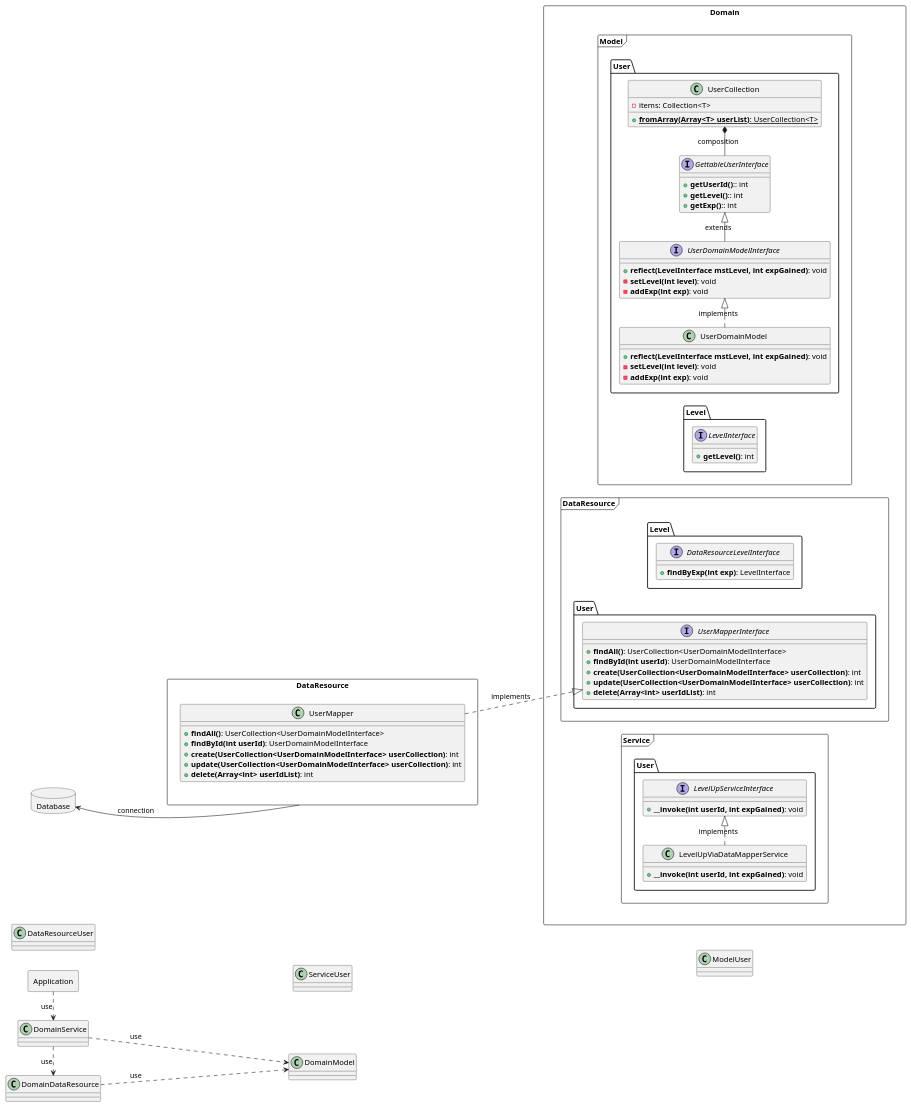
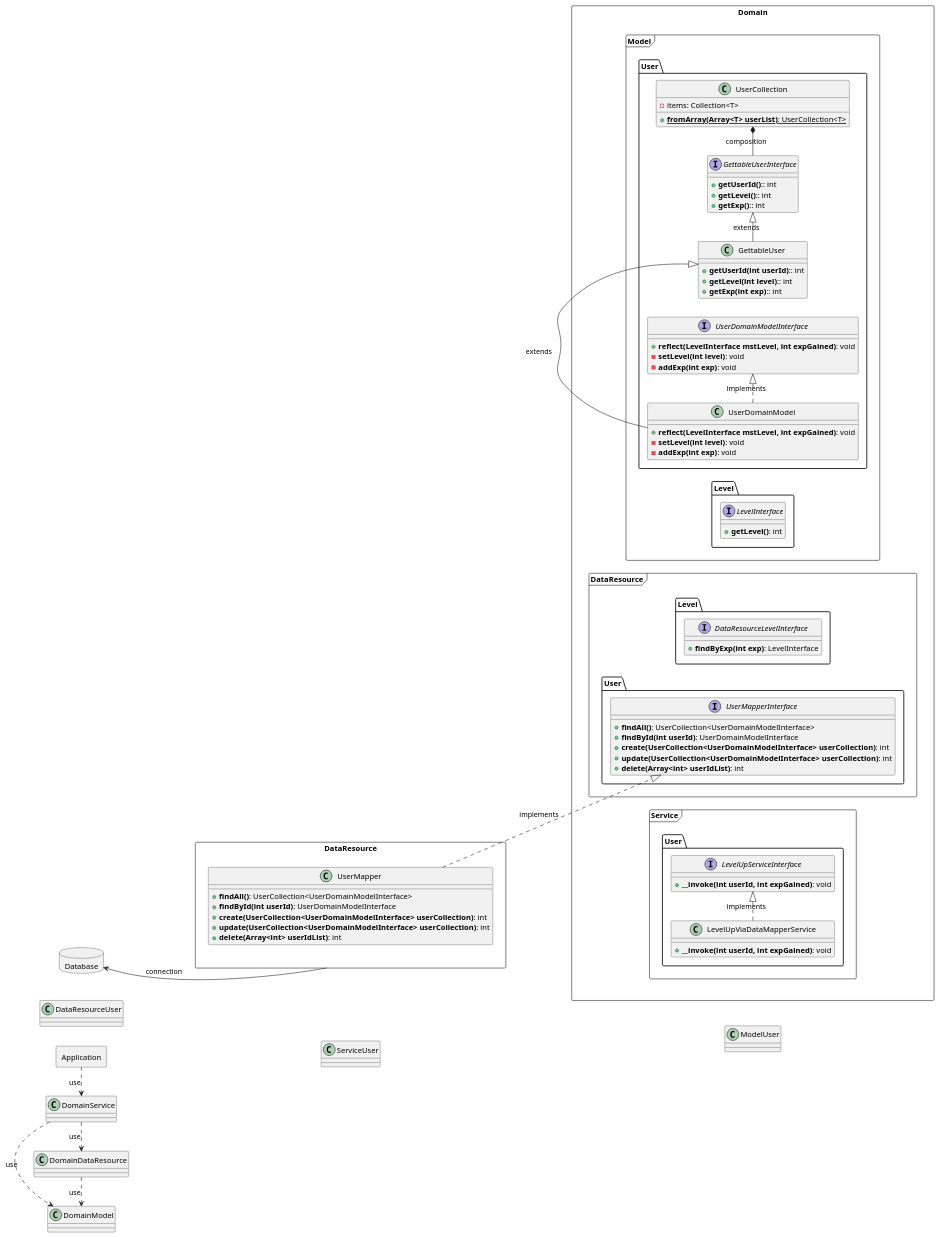
The diagram in src/puml/classDiagram/userDataMapper.puml (mexican-particles/mogmog), drawn with PlantUML before and after one commit. The commit also changed 3 other files, not shown here.

```diff
--- a/src/puml/classDiagram/userDataMapper.puml
+++ b/src/puml/classDiagram/userDataMapper.puml
@@ -1,115 +1,117 @@
 @startuml
 'https://plantuml.com/class-diagram
 
 left to right direction
 
-' 表示用の調整
 Application --[hidden]down> ServiceUser
 Domain --[hidden]up> DataResource
 DataResource --[hidden]up> Database
 
 ServiceUser --[hidden]down> ModelUser
 ServiceUser --[hidden]up> DataResourceUser
 ModelUser --[hidden]up> DataResourceUser
 
 Application .> DomainService: use
 DomainService .> DomainDataResource: use
-DomainService ..> DomainModel: use
+DomainService .> DomainModel: use
 DomainDataResource .> DomainModel: use
 
 package Application <<Rectangle>> {
 }
 
 package Domain <<Rectangle>> {
     package Model as DomainModel <<Frame>> {
         package User as ModelUser <<Folder>> {
             class UserCollection {
                 - items: Collection<T>
                 + {static} **fromArray(Array<T> userList)**: UserCollection<T>
             }
 
             interface GettableUserInterface {
                 + **getUserId()**:: int
                 + **getLevel()**:: int
                 + **getExp()**:: int
+            }
+
+            class GettableUser {
+                + **getUserId(int userId)**:: int
+                + **getLevel(int level)**:: int
+                + **getExp(int exp)**:: int
             }
 
             interface UserDomainModelInterface {
                 + **reflect(LevelInterface mstLevel, int expGained)**: void
                 - **setLevel(int level)**: void
                 - **addExp(int exp)**: void
             }
 
             class UserDomainModel {
                 + **reflect(LevelInterface mstLevel, int expGained)**: void
                 - **setLevel(int level)**: void
                 - **addExp(int exp)**: void
             }
         }
 
         package Level as ModelLevel <<Folder>> {
             interface LevelInterface {
                 + **getLevel()**: int
             }
         }
     }
 
     package DataResource as DomainDataResource <<Frame>> {
         package Level as DataResourceLevel <<Folder>> {
             interface DataResourceLevelInterface {
                 + **findByExp(int exp)**: LevelInterface
             }
         }
         package User as DataResourceUser <<Folder>> {
             interface UserMapperInterface {
                 + **findAll()**: UserCollection<UserDomainModelInterface>
                 + **findById(int userId)**: UserDomainModelInterface
                 + **create(UserCollection<UserDomainModelInterface> userCollection)**: int
                 + **update(UserCollection<UserDomainModelInterface> userCollection)**: int
                 + **delete(Array<int> userIdList)**: int
             }
         }
     }
 
     package Service as DomainService <<Frame>> {
         package User as ServiceUser <<Folder>> {
             interface LevelUpServiceInterface {
                 + **__invoke(int userId, int expGained)**: void
             }
 
             class LevelUpViaDataMapperService {
                 + **__invoke(int userId, int expGained)**: void
             }
         }
     }
 }
 
 package DataResource <<Rectangle>> {
     class UserMapper {
         + **findAll()**: UserCollection<UserDomainModelInterface>
         + **findById(int userId)**: UserDomainModelInterface
         + **create(UserCollection<UserDomainModelInterface> userCollection)**: int
         + **update(UserCollection<UserDomainModelInterface> userCollection)**: int
         + **delete(Array<int> userIdList)**: int
     }
 }
 
-'サービス / RowDataGateway と同じ
 LevelUpViaDataMapperService .|> LevelUpServiceInterface: implements
 
-'モデルのインターフェース / RowDataGateway と同じ
 GettableUserInterface -* UserCollection: composition
-UserDomainModelInterface -|> GettableUserInterface: extends
 
-'モデルの具象 / RowDataGateway とは異なる
+GettableUser -|> GettableUserInterface: extends
 UserDomainModel .|> UserDomainModelInterface: implements
+UserDomainModel -|> GettableUser: extends
 
-'ゲートウェイの具象
 UserMapper .|> UserMapperInterface : implements
 
 package Database <<Database>> {
 }
 
 DataResource -down-> Database: connection
 
 @enduml
```
